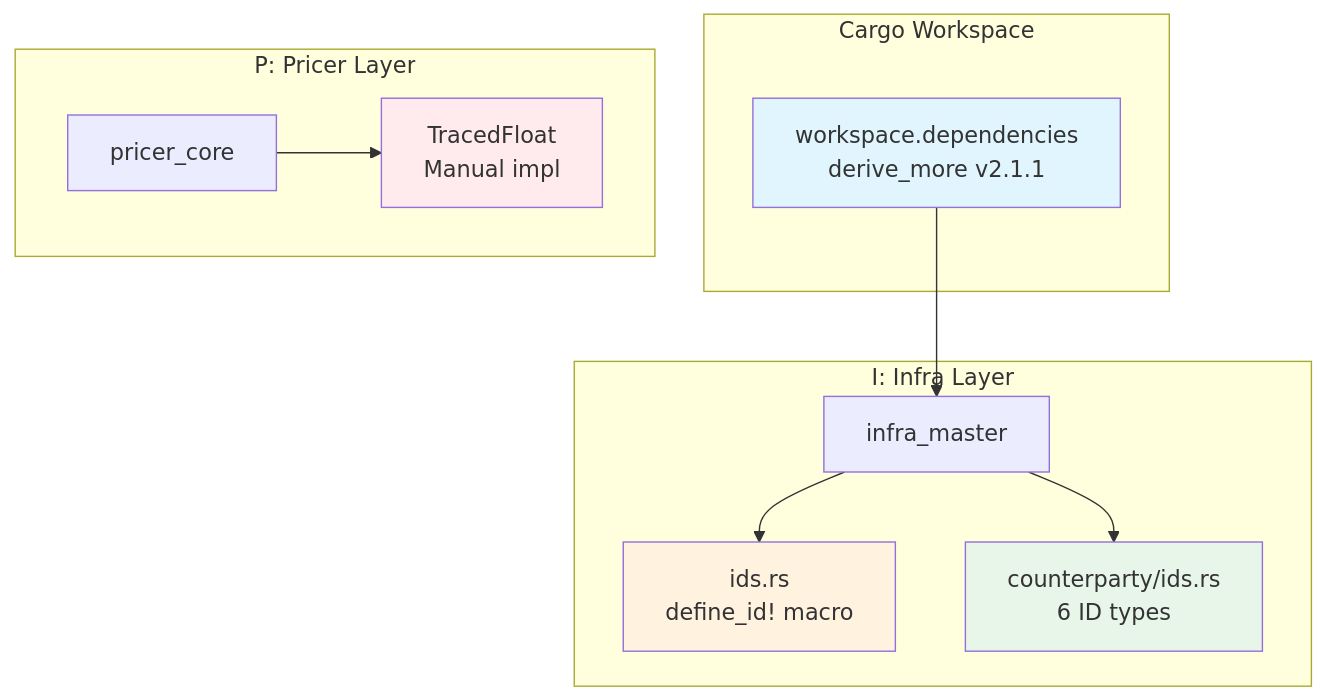
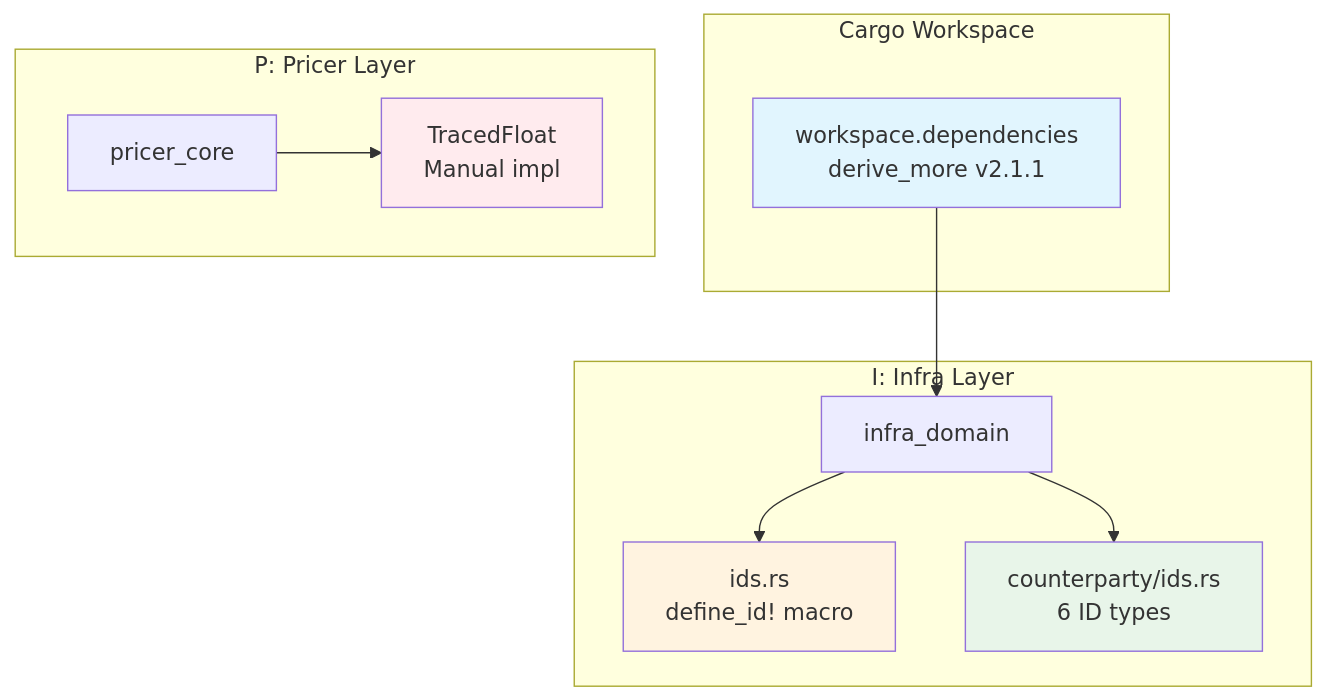
The first of 2 diagrams in .kiro/specs/derive-more-newtype-migration/design.md (neutryx-lab/neutryx-rust), drawn with Mermaid before and after one commit. The commit also changed other lines of this file and 303 other files, not shown here.

First line of the commit message:
Refactor imports from `infra_master` to `infra_domain`

````diff
--- a/.kiro/specs/derive-more-newtype-migration/design.md
+++ b/.kiro/specs/derive-more-newtype-migration/design.md
@@ -42,27 +42,27 @@
 ```mermaid
 graph TB
     subgraph Workspace["Cargo Workspace"]
         WD[workspace.dependencies<br>derive_more v2.1.1]
     end
 
     subgraph InfraLayer["I: Infra Layer"]
-        IM[infra_master]
+        IM[infra_domain]
         IDS[ids.rs<br>define_id! macro]
         CPIDS[counterparty/ids.rs<br>6 ID types]
     end
 
     subgraph PricerLayer["P: Pricer Layer"]
         PC[pricer_core]
         TRACED[TracedFloat<br>Manual impl]
     end
 
     WD --> IM
     IM --> IDS
     IM --> CPIDS
     PC --> TRACED
 
     style WD fill:#e1f5fe
     style IDS fill:#fff3e0
     style CPIDS fill:#e8f5e9
     style TRACED fill:#ffebee
 ```
````
